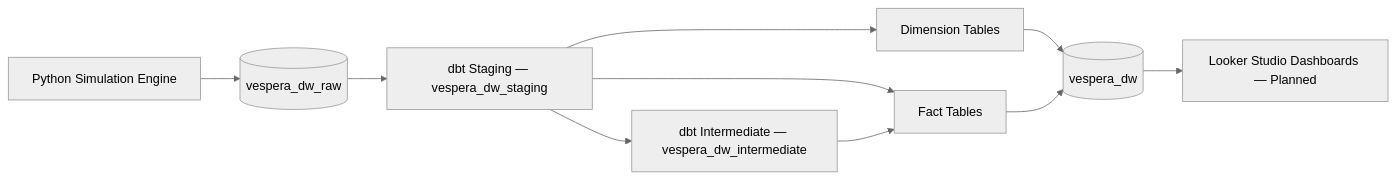
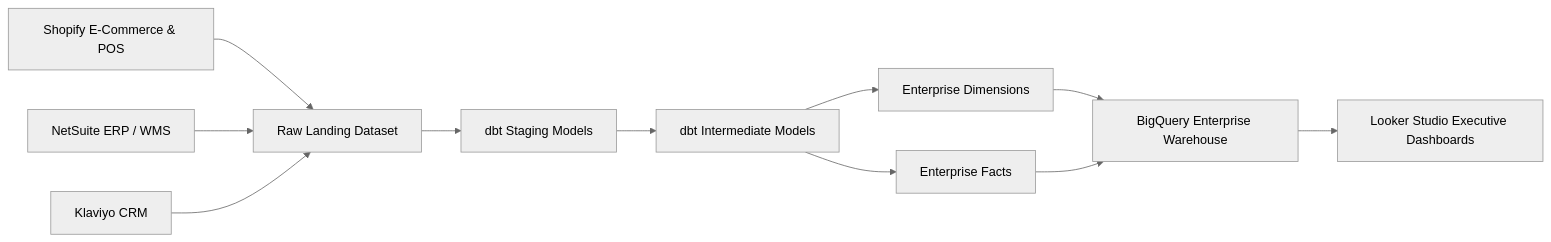
One commit to jovync/analytics-portfolio changed the second of 2 diagrams in vespera-analytics-platform/docs/02_architecture/05_data_dictionary.md. Above: the diagram before and after it, drawn with Mermaid (neutral theme). The commit also changed other lines of this file and 16 other files, not shown here.

First line of the commit message:
Add marketing spend dbt slice (dim_campaign, fact_marketing_spend)

````diff
--- a/vespera-analytics-platform/docs/02_architecture/05_data_dictionary.md
+++ b/vespera-analytics-platform/docs/02_architecture/05_data_dictionary.md
@@ -447,18 +574,32 @@
 ```mermaid
 flowchart LR
 
-PY[Python Simulation Engine]
+A[Shopify E-Commerce & POS]
+B[NetSuite ERP / WMS]
+C[Klaviyo CRM]
 
-PY --> RAW[(vespera_dw_raw)]
+D[Raw Landing Dataset]
 
-RAW --> STG[dbt Staging — vespera_dw_staging]
-STG --> INT[dbt Intermediate — vespera_dw_intermediate]
-STG --> DIM[Dimension Tables]
-STG --> FACT[Fact Tables]
-INT --> FACT
+E[dbt Staging Models]
+F[dbt Intermediate Models]
+G[Enterprise Dimensions]
+H[Enterprise Facts]
 
-DIM --> DW[(vespera_dw)]
-FACT --> DW
+I[BigQuery Enterprise Warehouse]
 
-DW --> LOOKER[Looker Studio Dashboards — Planned]
+J[Looker Studio Executive Dashboards]
+
+A --> D
+B --> D
+C --> D
+
+D --> E
+E --> F
+F --> G
+F --> H
+
+G --> I
+H --> I
+
+I --> J
 ```
````
